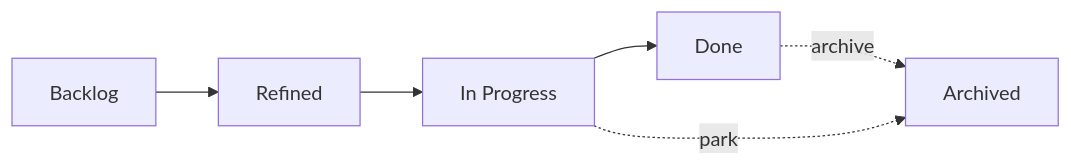
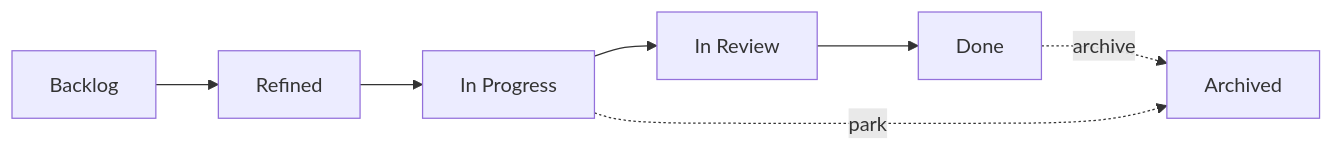
Before and after one commit to wiktordepina/mait-code: the diagram in docs/board.md, drawn with Mermaid. The commit also changed other lines of this file and 30 other files, not shown here.

First line of the commit message:
feat(board): in review column between in progress and done

````diff
--- a/docs/board.md
+++ b/docs/board.md
@@ -40,6 +40,6 @@
 ```mermaid
 flowchart LR
-    B[Backlog] --> R[Refined] --> P[In&nbsp;Progress] --> D[Done]
+    B[Backlog] --> R[Refined] --> P[In&nbsp;Progress] --> V[In&nbsp;Review] --> D[Done]
     D -. archive .-> A[Archived]
     P -. park .-> A
 ```
````
